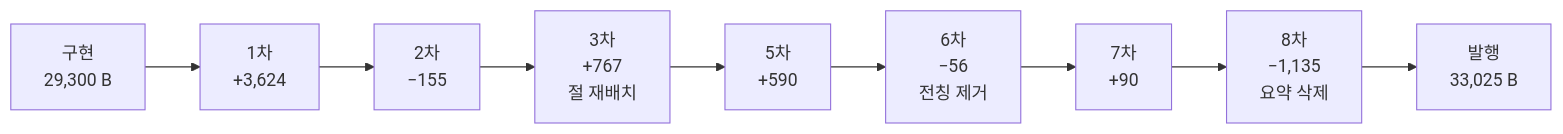
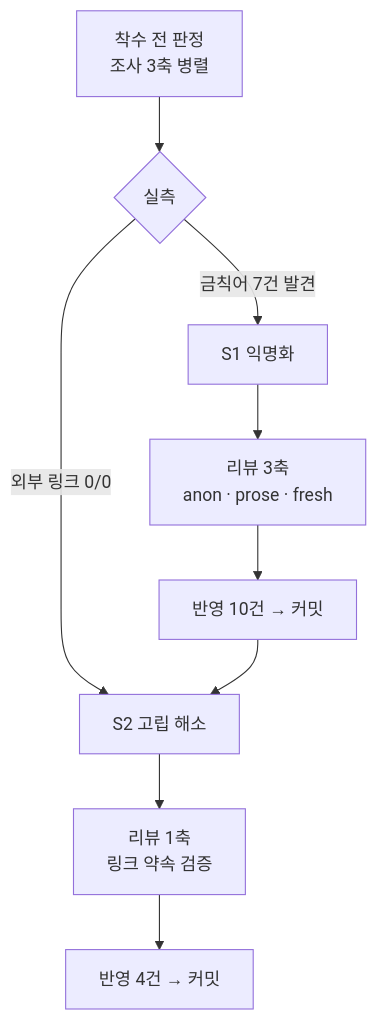
Before and after one commit to withwooyong/withwooyong.github.io: the diagram in HANDOFF.md, drawn with Mermaid. The commit also changed other lines of this file, not shown here.

First line of the commit message:
docs: 세션 인수인계 — search-engineering 익명화·고립 해소와 「메우는 조작이 위험하다」

````diff
--- a/HANDOFF.md
+++ b/HANDOFF.md
@@ -26,11 +29,11 @@
 ```mermaid
-flowchart LR
-    C["구현<br/>29,300 B"] --> F1["1차<br/>+3,624"]
-    F1 --> F2["2차<br/>−155"]
-    F2 --> F3["3차<br/>+767<br/>절 재배치"]
-    F3 --> F5["5차<br/>+590"]
-    F5 --> F6["6차<br/>−56<br/>전칭 제거"]
-    F6 --> F7["7차<br/>+90"]
-    F7 --> F8["8차<br/>−1,135<br/>요약 삭제"]
-    F8 --> D["발행<br/>33,025 B"]
+flowchart TD
+    A["착수 전 판정<br/>조사 3축 병렬"] --> B{"실측"}
+    B -->|"금칙어 7건 발견"| C["S1 익명화"]
+    B -->|"외부 링크 0/0"| D["S2 고립 해소"]
+    C --> E["리뷰 3축<br/>anon · prose · fresh"]
+    E --> F["반영 10건 → 커밋"]
+    F --> D
+    D --> G["리뷰 1축<br/>링크 약속 검증"]
+    G --> H["반영 4건 → 커밋"]
 ```
````
